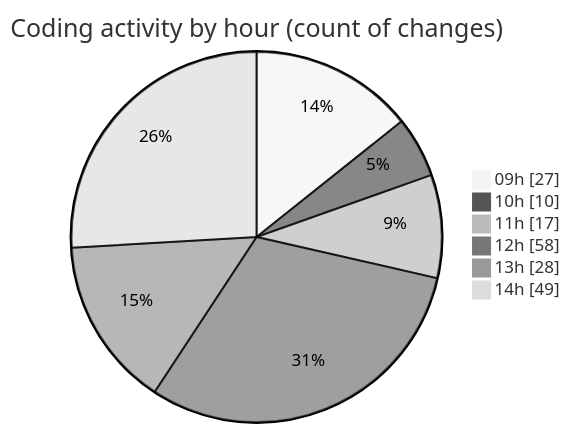
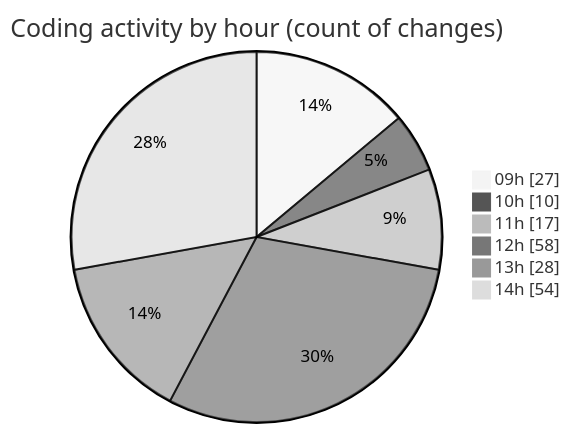
Before and after one commit to momahboobian/code-tracking: the second of 2 diagrams in 2026-05-15/cda/README.md, drawn with Mermaid (neutral theme). The commit also changed other lines of this file and 1 other file, not shown here.

````diff
--- a/2026-05-15/cda/README.md
+++ b/2026-05-15/cda/README.md
@@ -79,10 +79,10 @@
 ```mermaid
 pie showData
 title Coding activity by hour (count of changes)
 "09h" : 27
 "10h" : 10
 "11h" : 17
 "12h" : 58
 "13h" : 28
-"14h" : 49
+"14h" : 54
 ```
````
